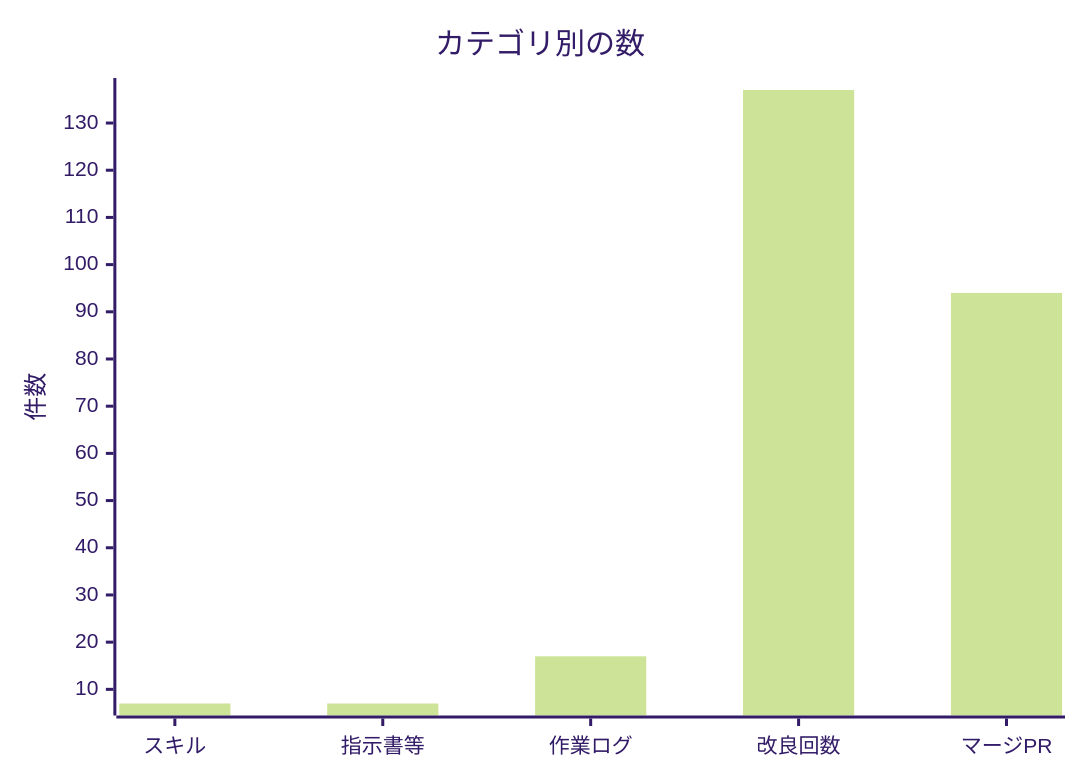
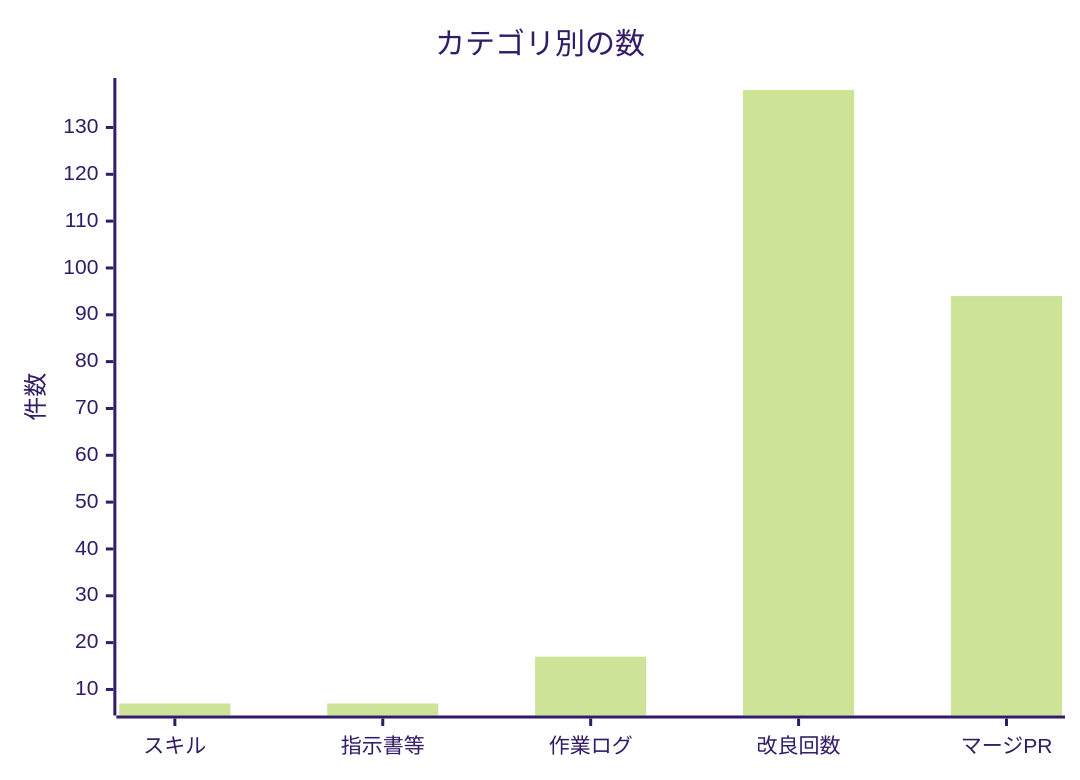
Before and after one commit to non-x2/non-x2: the second of 2 diagrams in docs/進化レポート.md, drawn with Mermaid (forest theme). The commit also changed other lines of this file and 2 other files, not shown here.

````diff
--- a/docs/進化レポート.md
+++ b/docs/進化レポート.md
@@ -35,7 +35,7 @@
 ```mermaid
 xychart-beta
     title "カテゴリ別の数"
     x-axis ["スキル", "指示書等", "作業ログ", "改良回数", "マージPR"]
     y-axis "件数"
-    bar [7, 7, 17, 137, 94]
+    bar [7, 7, 17, 138, 94]
 ```
````
